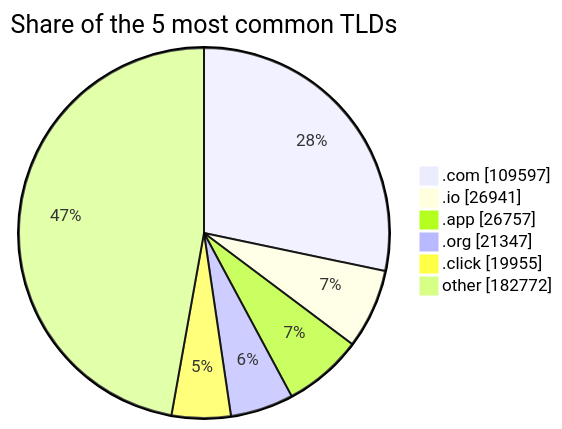
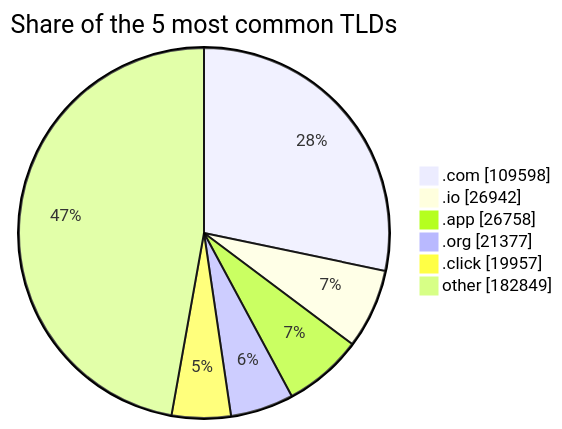
One commit to DNSBunker/CTI changed the third of 3 diagrams in README.md. Above: the diagram before and after it, drawn with Mermaid. The commit also changed other lines of this file and 3 other files, not shown here.

````diff
--- a/README.md
+++ b/README.md
@@ -81,9 +81,9 @@
 ```mermaid
 pie showData title Share of the 5 most common TLDs
-    ".com" : 109597
-    ".io" : 26941
-    ".app" : 26757
-    ".org" : 21347
-    ".click" : 19955
-    "other" : 182772
+    ".com" : 109598
+    ".io" : 26942
+    ".app" : 26758
+    ".org" : 21377
+    ".click" : 19957
+    "other" : 182849
 ```
````
